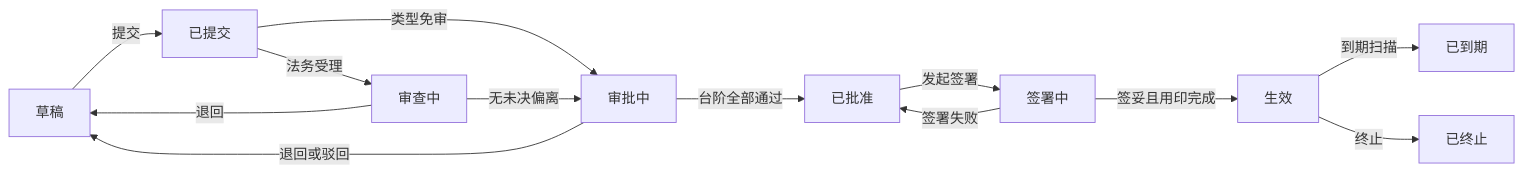
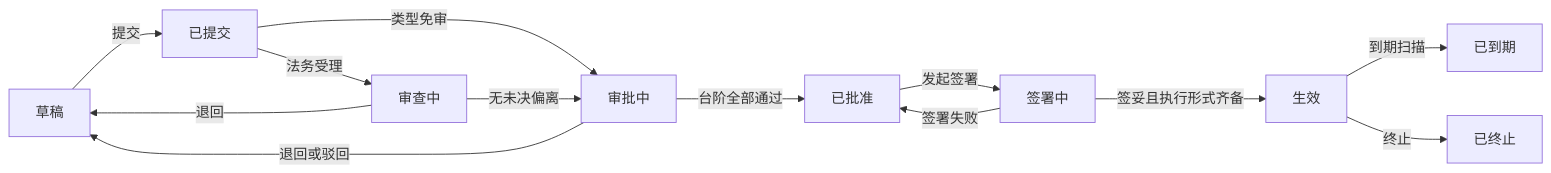
One commit to objectstack-ai/hotclm changed the first of 3 diagrams in docs/design/00-设计方案.md. Above: the diagram before and after it, drawn with Mermaid. The commit also changed other lines of this file and 20 other files, not shown here.

First line of the commit message:
docs+objects: global-first revision, AI participation, Agiloft gap, roadmap

````diff
--- a/docs/design/00-设计方案.md
+++ b/docs/design/00-设计方案.md
@@ -93,15 +109,15 @@
 ```mermaid
 flowchart LR
   A[草稿] -->|提交| B[已提交]
   B -->|法务受理| C[审查中]
   B -->|类型免审| D[审批中]
   C -->|无未决偏离| D
   D -->|台阶全部通过| E[已批准]
   E -->|发起签署| F[签署中]
-  F -->|签妥且用印完成| G[生效]
+  F -->|签妥且执行形式齐备| G[生效]
   G -->|到期扫描| H[已到期]
   G -->|终止| I[已终止]
   C -->|退回| A
   D -->|退回或驳回| A
   F -->|签署失败| E
 ```
````
